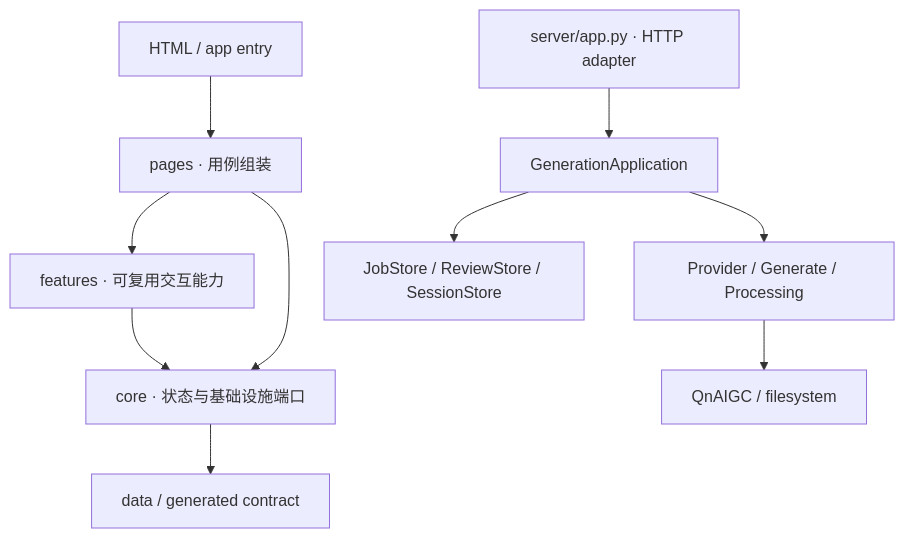
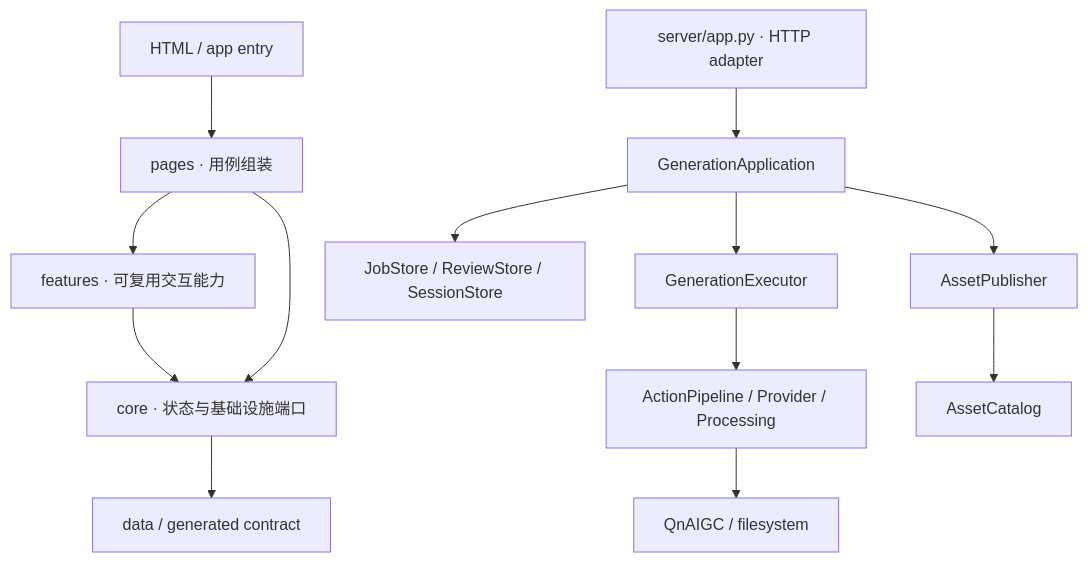
Before and after one commit to huyanxius/windup-asset-lab: the second of 2 diagrams in docs/ENGINEERING_PLAYBOOK.md, drawn with Mermaid. The commit also changed other lines of this file and 5 other files, not shown here.

````diff
--- a/docs/ENGINEERING_PLAYBOOK.md
+++ b/docs/ENGINEERING_PLAYBOOK.md
@@ -38,12 +38,15 @@
 ```mermaid
 flowchart TD
   Entry["HTML / app entry"] --> Pages["pages · 用例组装"]
   Pages --> Features["features · 可复用交互能力"]
   Pages --> Core["core · 状态与基础设施端口"]
   Features --> Core
   Core --> Data["data / generated contract"]
   HTTP["server/app.py · HTTP adapter"] --> App["GenerationApplication"]
   App --> Stores["JobStore / ReviewStore / SessionStore"]
-  App --> Pipeline["Provider / Generate / Processing"]
+  App --> Executor["GenerationExecutor"]
+  App --> Publisher["AssetPublisher"]
+  Executor --> Pipeline["ActionPipeline / Provider / Processing"]
+  Publisher --> Catalog["AssetCatalog"]
   Pipeline --> External["QnAIGC / filesystem"]
 ```
````
